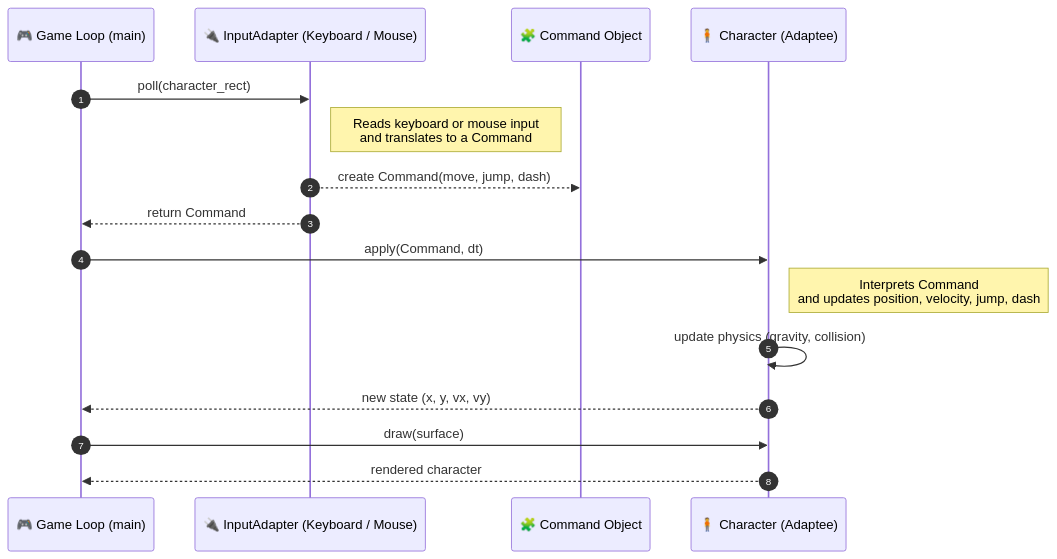
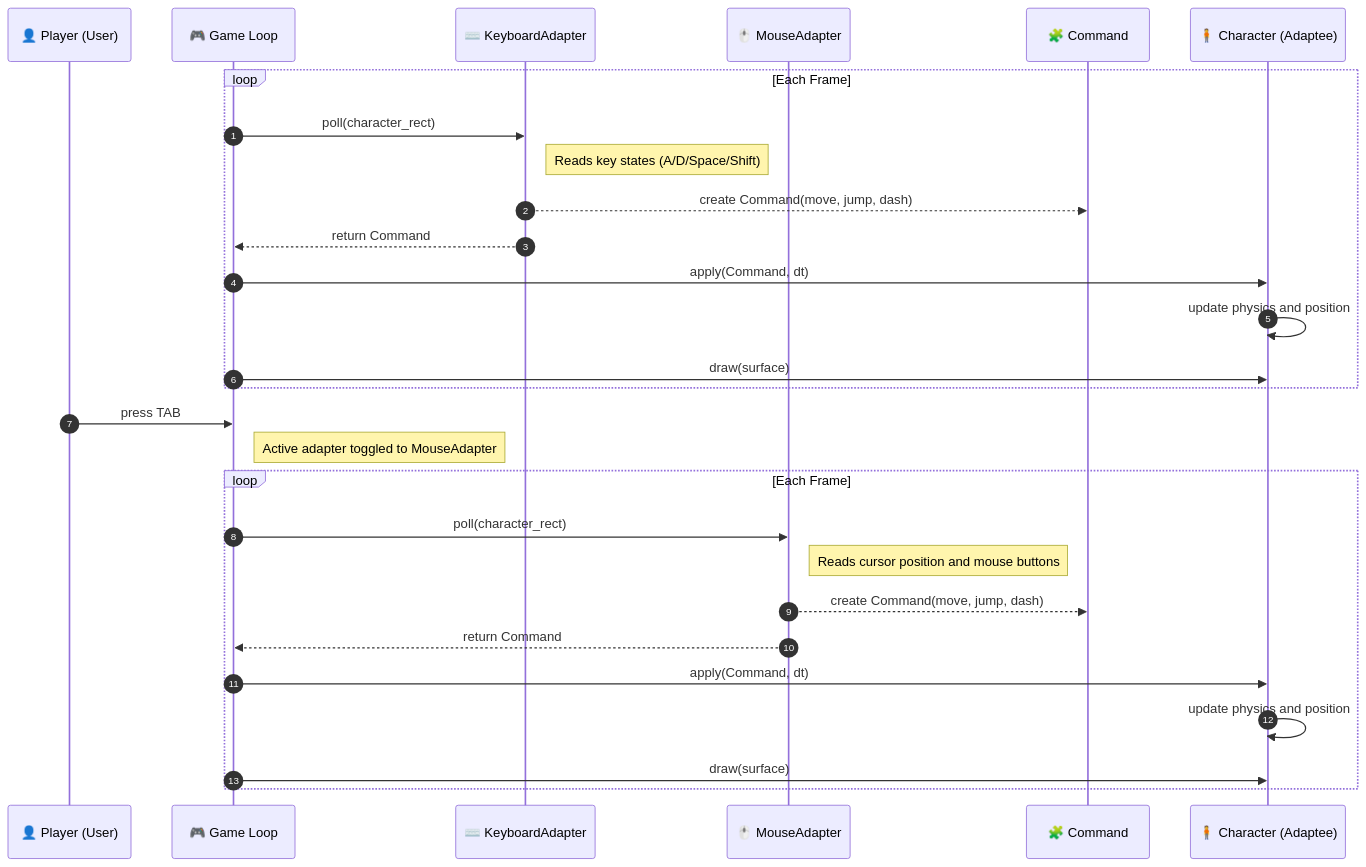
Before and after one commit to apdaza/gof-patterns-in-pygame: the second of 2 diagrams in adapter/README.md, drawn with Mermaid.

Commit message:
patrón adapter aactualizado

````diff
--- a/adapter/README.md
+++ b/adapter/README.md
@@ -140,22 +140,37 @@
 ```mermaid
 sequenceDiagram
     autonumber
-    participant GameLoop as 🎮 Game Loop (main)
-    participant Adapter as 🔌 InputAdapter (Keyboard / Mouse)
-    participant Command as 🧩 Command Object
+    participant Player as 👤 Player (User)
+    participant GameLoop as 🎮 Game Loop
+    participant KeyboardAdapter as ⌨️ KeyboardAdapter
+    participant MouseAdapter as 🖱️ MouseAdapter
+    participant Command as 🧩 Command
     participant Character as 🧍 Character (Adaptee)
 
-    GameLoop->>Adapter: poll(character_rect)
-    note right of Adapter: Reads keyboard or mouse input<br/>and translates to a Command
-    Adapter-->>Command: create Command(move, jump, dash)
-    Adapter-->>GameLoop: return Command
-    
-    GameLoop->>Character: apply(Command, dt)
-    note right of Character: Interprets Command<br/>and updates position, velocity, jump, dash
-    
-    Character->>Character: update physics (gravity, collision)
-    Character-->>GameLoop: new state (x, y, vx, vy)
-    
-    GameLoop->>Character: draw(surface)
-    Character-->>GameLoop: rendered character
+    %% Normal game cycle using KeyboardAdapter
+    loop Each Frame
+        GameLoop->>KeyboardAdapter: poll(character_rect)
+        note right of KeyboardAdapter: Reads key states (A/D/Space/Shift)
+        KeyboardAdapter-->>Command: create Command(move, jump, dash)
+        KeyboardAdapter-->>GameLoop: return Command
+        GameLoop->>Character: apply(Command, dt)
+        Character->>Character: update physics and position
+        GameLoop->>Character: draw(surface)
+    end
+
+    %% User switches control mode
+    Player->>GameLoop: press TAB
+    note right of GameLoop: Active adapter toggled to MouseAdapter
+
+    %% Game resumes with MouseAdapter
+    loop Each Frame
+        GameLoop->>MouseAdapter: poll(character_rect)
+        note right of MouseAdapter: Reads cursor position and mouse buttons
+        MouseAdapter-->>Command: create Command(move, jump, dash)
+        MouseAdapter-->>GameLoop: return Command
+        GameLoop->>Character: apply(Command, dt)
+        Character->>Character: update physics and position
+        GameLoop->>Character: draw(surface)
+    end
+
 ```
````
